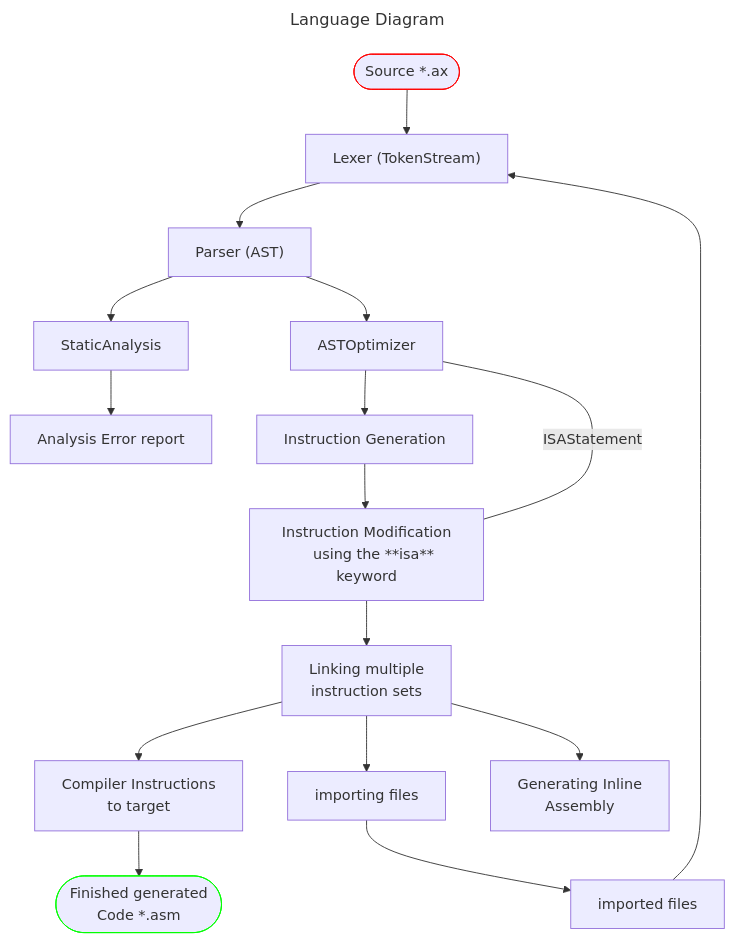
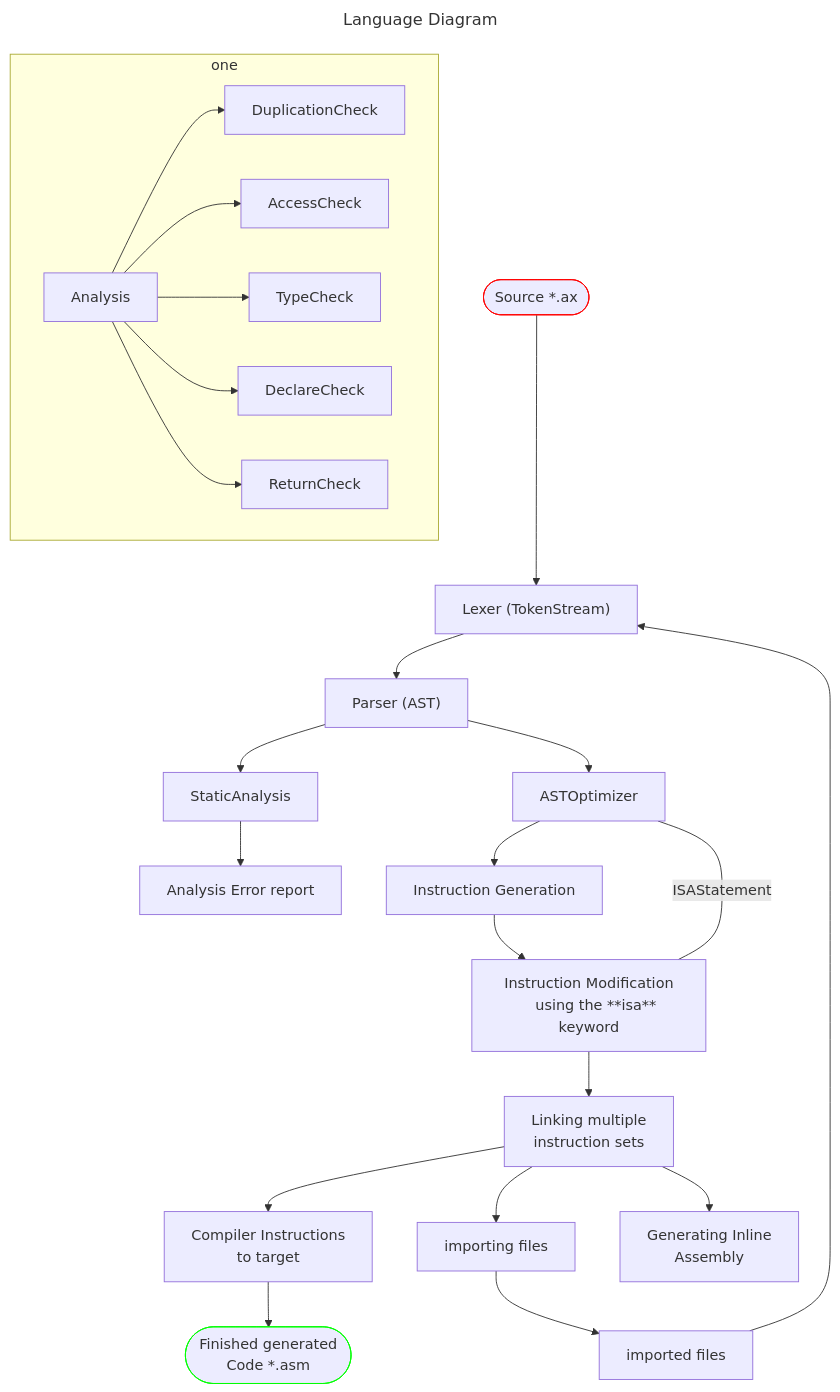
One commit to u64lisa/axiol-language changed the diagram in README.MD. Above: the diagram before and after it, drawn with Mermaid.

````diff
--- a/README.MD
+++ b/README.MD
@@ -15,43 +15,53 @@
 ```mermaid
 ---
 title: Language Diagram
 ---
 graph TD;
     classDef red stroke:#f00
     classDef green stroke:#0f0
 
     source(["Source *.ax"])
     lexer["Lexer (TokenStream)"]
     source:::red --> lexer
     parser["Parser (AST)"]
     lexer --> parser
     analysis["StaticAnalysis"]
     error_stage_1["Analysis Error report"]
     analysis --> error_stage_1
+    
+    subgraph one
+    Analysis --> DuplicationCheck
+    Analysis --> AccessCheck
+    Analysis --> TypeCheck
+    Analysis --> DeclareCheck
+    Analysis --> ReturnCheck
+    
+    end
+    
     optimising["ASTOptimizer"]
     parser --> analysis
     parser --> optimising    
     instructionGen["Instruction Generation"]
     optimising --> instructionGen
     instructionModification["Instruction Modification
     using the **isa** keyword"]
     instructionGen --> instructionModification
     optimising-- ISAStatement ---instructionModification
     linker["Linking multiple
     instruction sets"]
     instructionModification --> linker
     importingLogic["importing files"]
     importedSources["imported files"]
     linker --> importingLogic
     importingLogic --> importedSources
     importedSources --> lexer;
     compiler["Compiler Instructions
     to target"]
     inlineASM["Generating Inline 
     Assembly"]
     linker --> inlineASM
     linker --> compiler
        finishedCode(["Finished generated
         Code *.asm"])
     compiler --> finishedCode:::green
 ```
````
